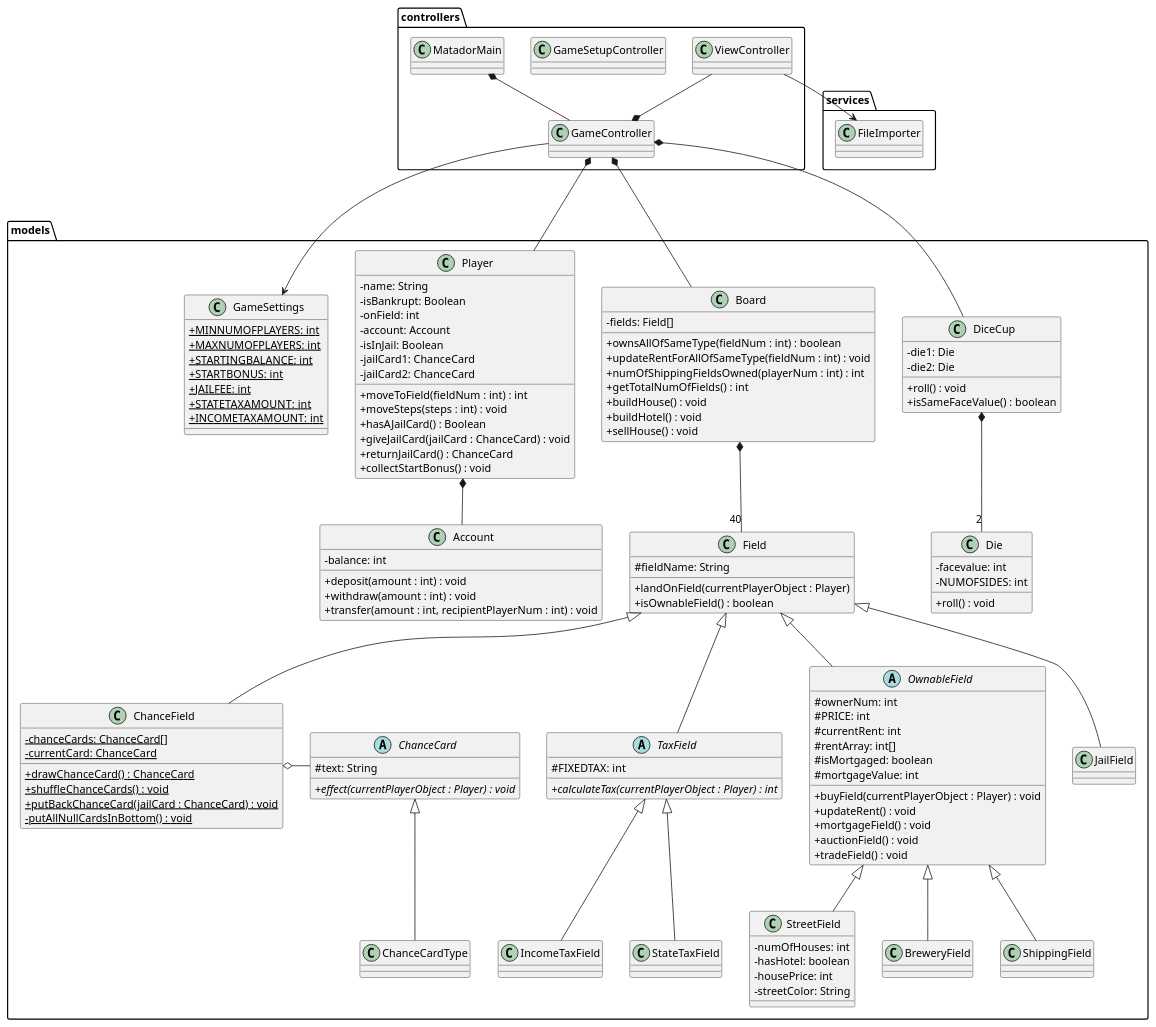
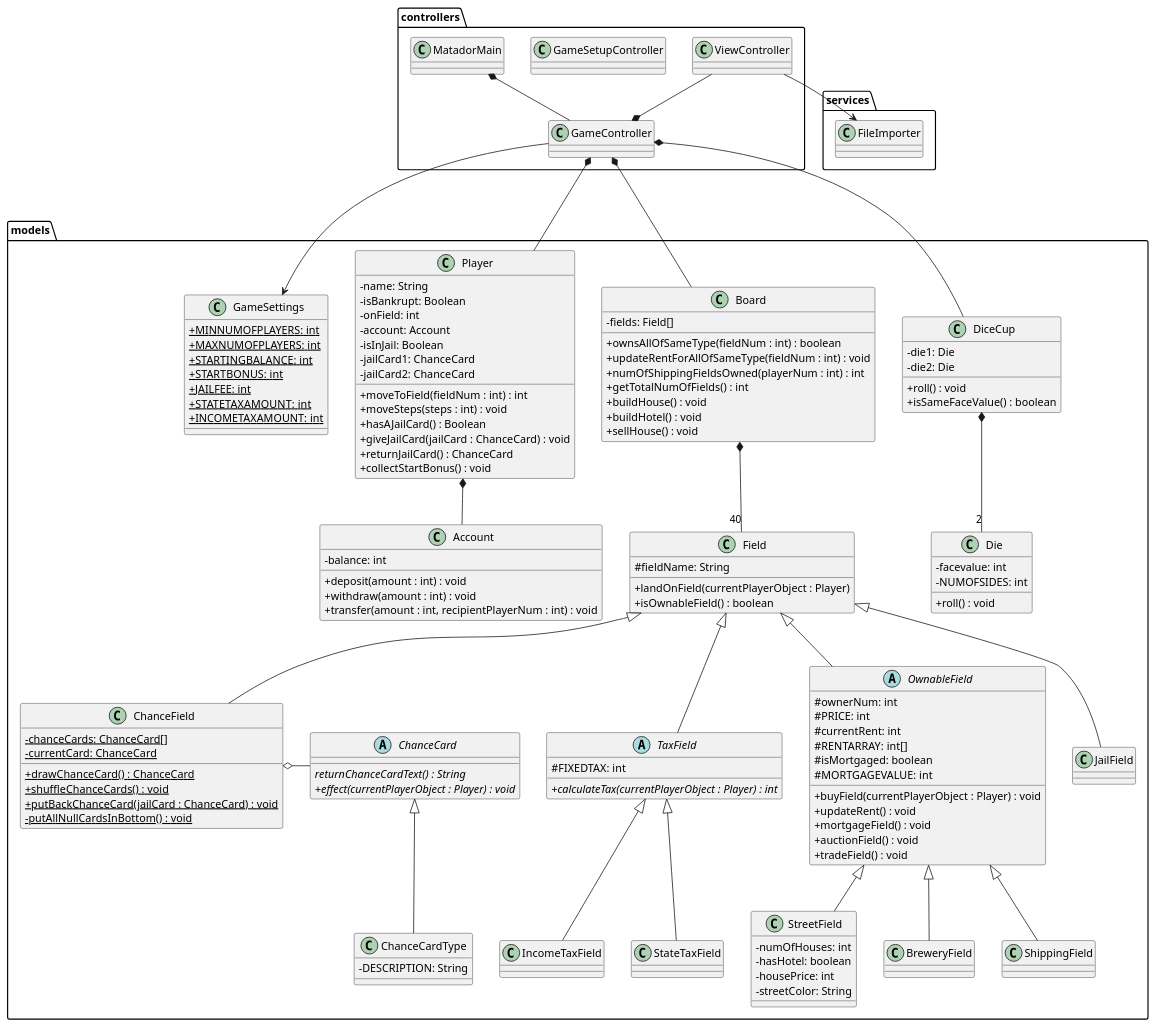
The diagram in 18_final/UML/DesignClassDiagram.puml (GabeKierk889/gruppe-18), drawn with PlantUML before and after one commit. The commit also changed 2 other files, not shown here.

Commit message:
Added ChanceCard class

```diff
--- a/18_final/UML/DesignClassDiagram.puml
+++ b/18_final/UML/DesignClassDiagram.puml
@@ -1,198 +1,197 @@
 @startuml
 'https://plantuml.com/class-diagram
 skinparam classAttributeIconSize 0
 
 package services {
 
 class FileImporter {
 
 }
 
 }
 
 package controllers {
 
 class MatadorMain {
 
 }
 
 class GameController {
 
 }
 
 class GameSetupController {
 
 }
 
 class ViewController {
 
 }
 
 }
 
 package models {
 
 class GameSettings {
     {static}+MINNUMOFPLAYERS: int
     {static}+MAXNUMOFPLAYERS: int
     {static}+STARTINGBALANCE: int
     {static}+STARTBONUS: int
     {static}+JAILFEE: int
     {static}+STATETAXAMOUNT: int
     {static}+INCOMETAXAMOUNT: int
 }
 
 class Player {
     -name: String
     -isBankrupt: Boolean
     -onField: int
     -account: Account
     -isInJail: Boolean
     -jailCard1: ChanceCard
     -jailCard2: ChanceCard
 
     +moveToField(fieldNum : int) : int
     +moveSteps(steps : int) : void
     +hasAJailCard() : Boolean
     +giveJailCard(jailCard : ChanceCard) : void
     +returnJailCard() : ChanceCard
     +collectStartBonus() : void
 }
 
 class Board {
     -fields: Field[]
 
     +ownsAllOfSameType(fieldNum : int) : boolean
     +updateRentForAllOfSameType(fieldNum : int) : void
     +numOfShippingFieldsOwned(playerNum : int) : int
     +getTotalNumOfFields() : int
     +buildHouse() : void
     +buildHotel() : void
     +sellHouse() : void
 }
 
 class Field {
     #fieldName: String
 
     +landOnField(currentPlayerObject : Player)
     +isOwnableField() : boolean
 }
 
 class Account {
     -balance: int
 
     +deposit(amount : int) : void
     +withdraw(amount : int) : void
     +transfer(amount : int, recipientPlayerNum : int) : void
 }
 
 class DiceCup {
     -die1: Die
     -die2: Die
 
     +roll() : void
     +isSameFaceValue() : boolean
 }
 
 class Die {
     -facevalue: int
     -NUMOFSIDES: int
 
     +roll() : void
 }
 
 class ChanceCardType {
-
+    -DESCRIPTION: String
 }
 
 abstract class ChanceCard {
-    #text: String
-
+    {abstract}returnChanceCardText() : String
     {abstract}+effect(currentPlayerObject : Player) : void
 }
 
 abstract class OwnableField {
         #ownerNum: int
         #PRICE: int
         #currentRent: int
-        #rentArray: int[]
+        #RENTARRAY: int[]
         #isMortgaged: boolean
-        #mortgageValue: int
+        #MORTGAGEVALUE: int
 
         +buyField(currentPlayerObject : Player) : void
         +updateRent() : void
         +mortgageField() : void
         +auctionField() : void
         +tradeField() : void
 }
 
 class StreetField {
     -numOfHouses: int
     -hasHotel: boolean
     -housePrice: int
     -streetColor: String
 
 }
 
 class BreweryField {
 
 }
 
 class ShippingField {
 
 }
 
 class ChanceField {
     {static}-chanceCards: ChanceCard[]
     {static}-currentCard: ChanceCard
 
     {static}+drawChanceCard() : ChanceCard
     {static}+shuffleChanceCards() : void
     {static}+putBackChanceCard(jailCard : ChanceCard) : void
     {static}-putAllNullCardsInBottom() : void
 }
 
 class JailField {
 
 }
 
 abstract class TaxField {
     #FIXEDTAX: int
 
     {abstract}+calculateTax(currentPlayerObject : Player) : int
 }
 
 class StateTaxField {
 
 }
 
 class IncomeTaxField {
 
 }
 
 }
 
 MatadorMain *-- GameController
 ViewController --> FileImporter
 ViewController --* GameController
 GameController --> GameSettings
 GameController *--- Board
 GameController *--- DiceCup
 GameController *--- Player
 Player *-- Account
 Board *-- "40" Field
 OwnableField <|-- StreetField
 Field <|-- ChanceField
 Field <|-- JailField
 ChanceField o- ChanceCard
 ChanceCard <|-- ChanceCardType
 DiceCup *-- "2" Die
 Field <|-- OwnableField
 OwnableField <|-- BreweryField
 OwnableField <|-- ShippingField
 Field <|-- TaxField
 TaxField <|-- StateTaxField
 TaxField <|-- IncomeTaxField
 
 
 @enduml
```
